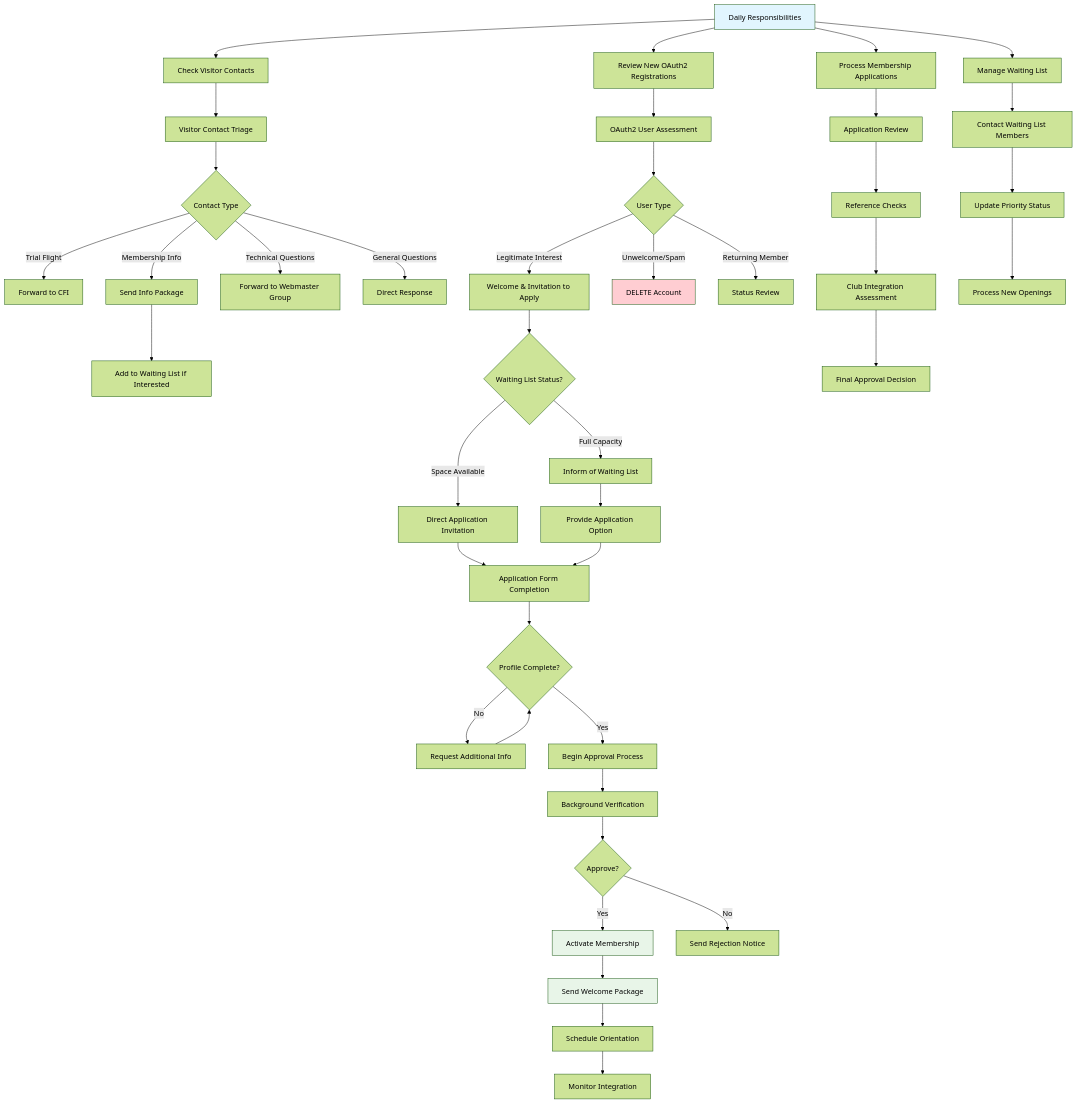
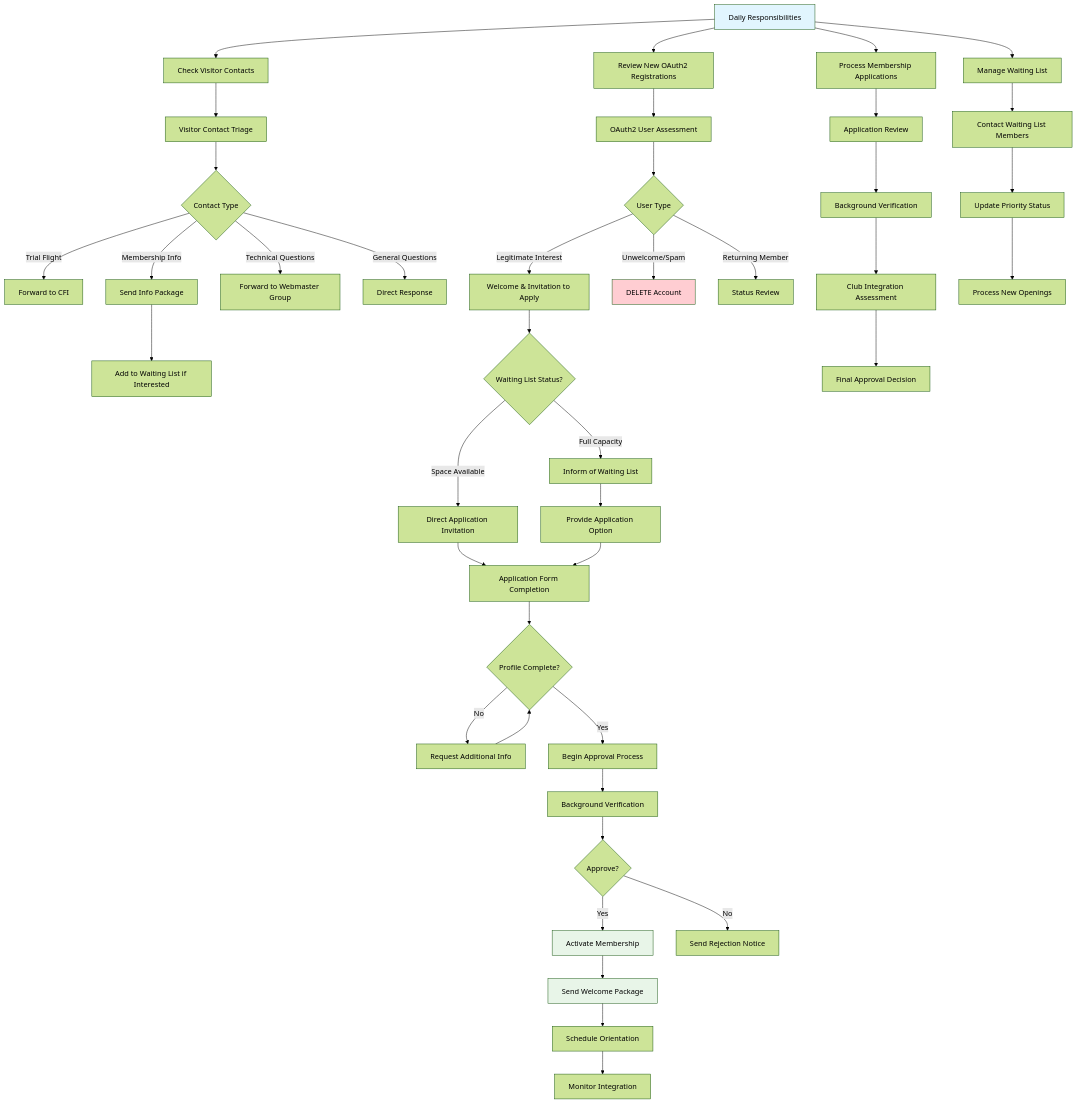
Before and after one commit to pietbarber/Manage2Soar: the first of 6 diagrams in docs/workflows/12-membership-manager-workflow.md, drawn with Mermaid (forest theme). The commit also changed other lines of this file and 1 other file, not shown here.

Commit message:
Resolve feedback for Issue #188: Clarify visitor contact system usage, update FAST program status, add "Not a Member" status, and remove reference requirements in membership workflow documentation.

````diff
--- a/docs/workflows/12-membership-manager-workflow.md
+++ b/docs/workflows/12-membership-manager-workflow.md
@@ -24,53 +24,53 @@
 ```mermaid
 flowchart TD
     A[Daily Responsibilities] --> B[Check Visitor Contacts]
     A --> C[Review New OAuth2 Registrations]
     A --> D[Process Membership Applications]
     A --> E[Manage Waiting List]
 
     B --> B1[Visitor Contact Triage]
     B1 --> B2{Contact Type}
     B2 -->|Trial Flight| B3[Forward to CFI]
     B2 -->|Membership Info| B4[Send Info Package]
     B2 -->|Technical Questions| B5[Forward to Webmaster Group]
     B2 -->|General Questions| B6[Direct Response]
     B4 --> B7[Add to Waiting List if Interested]
 
     C --> C1[OAuth2 User Assessment]
     C1 --> C2{User Type}
     C2 -->|Legitimate Interest| C3[Welcome & Invitation to Apply]
     C2 -->|Unwelcome/Spam| C4[DELETE Account]
     C2 -->|Returning Member| C5[Status Review]
     C3 --> C6{Waiting List Status?}
     C6 -->|Full Capacity| C7[Inform of Waiting List]
     C6 -->|Space Available| C8[Direct Application Invitation]
     C7 --> C9[Provide Application Option]
     C8 --> C10[Application Form Completion]
     C9 --> C10
     C10 --> C11{Profile Complete?}
     C11 -->|No| C12[Request Additional Info]
     C11 -->|Yes| C13[Begin Approval Process]
     C12 --> C11
     C13 --> C14[Background Verification]
     C14 --> C15{Approve?}
     C15 -->|Yes| C16[Activate Membership]
     C15 -->|No| C17[Send Rejection Notice]
 
     D --> D1[Application Review]
-    D1 --> D2[Reference Checks]
+    D1 --> D2[Background Verification]
     D2 --> D3[Club Integration Assessment]
     D3 --> D4[Final Approval Decision]
 
     E --> E1[Contact Waiting List Members]
     E1 --> E2[Update Priority Status]
     E2 --> E3[Process New Openings]
 
     C16 --> F[Send Welcome Package]
     F --> G[Schedule Orientation]
     G --> H[Monitor Integration]
 
     style A fill:#e1f5fe
     style F fill:#e8f5e8
     style C16 fill:#e8f5e8
     style C4 fill:#ffcdd2
 ```
````
